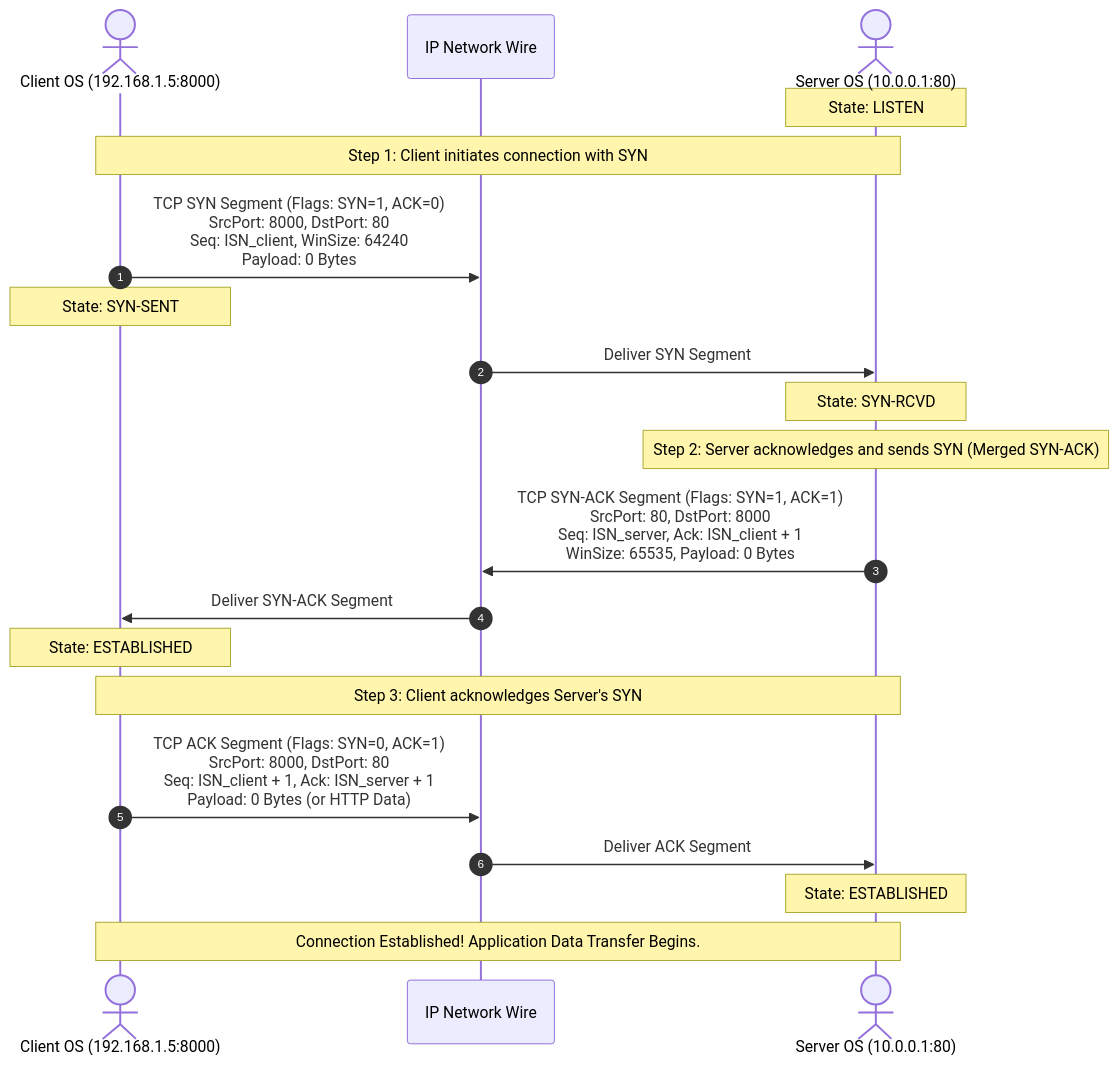
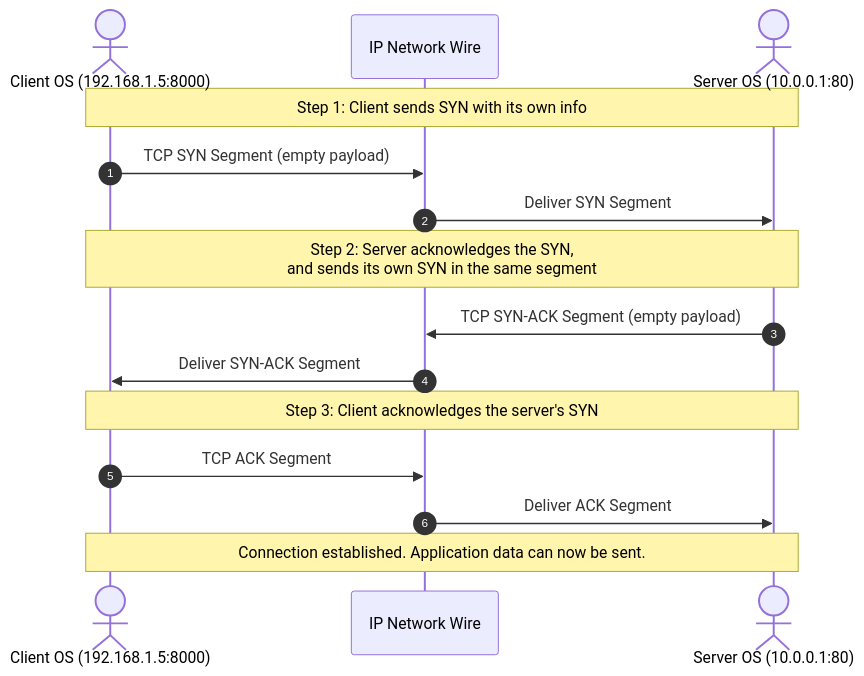
The diagram in content/posts/networking/ch16-tcp-three-way-handshake.mdx (ayuslharora/blog-ayuslh), drawn with Mermaid before and after one commit. The commit also changed other lines of this file, not shown here.

First line of the commit message:
Simplify Ch.16 TCP 3-way handshake post to match the source video

````diff
--- a/content/posts/networking/ch16-tcp-three-way-handshake.mdx
+++ b/content/posts/networking/ch16-tcp-three-way-handshake.mdx
@@ -115,27 +54,21 @@
 ```mermaid
 sequenceDiagram
     autonumber
     actor Client as Client OS (192.168.1.5:8000)
     participant Wire as IP Network Wire
     actor Server as Server OS (10.0.0.1:80)
 
-    Note over Server: State: LISTEN
-
-    Note over Client, Server: Step 1: Client initiates connection with SYN
-    Client->>Wire: TCP SYN Segment (Flags: SYN=1, ACK=0)<br/>SrcPort: 8000, DstPort: 80<br/>Seq: ISN_client, WinSize: 64240<br/>Payload: 0 Bytes
-    Note over Client: State: SYN-SENT
+    Note over Client, Server: Step 1: Client sends SYN with its own info
+    Client->>Wire: TCP SYN Segment (empty payload)
     Wire->>Server: Deliver SYN Segment
 
-    Note over Server: State: SYN-RCVD
-    Note over Server: Step 2: Server acknowledges and sends SYN (Merged SYN-ACK)
-    Server->>Wire: TCP SYN-ACK Segment (Flags: SYN=1, ACK=1)<br/>SrcPort: 80, DstPort: 8000<br/>Seq: ISN_server, Ack: ISN_client + 1<br/>WinSize: 65535, Payload: 0 Bytes
+    Note over Client, Server: Step 2: Server acknowledges the SYN,<br/>and sends its own SYN in the same segment
+    Server->>Wire: TCP SYN-ACK Segment (empty payload)
     Wire->>Client: Deliver SYN-ACK Segment
 
-    Note over Client: State: ESTABLISHED
-    Note over Client, Server: Step 3: Client acknowledges Server's SYN
-    Client->>Wire: TCP ACK Segment (Flags: SYN=0, ACK=1)<br/>SrcPort: 8000, DstPort: 80<br/>Seq: ISN_client + 1, Ack: ISN_server + 1<br/>Payload: 0 Bytes (or HTTP Data)
+    Note over Client, Server: Step 3: Client acknowledges the server's SYN
+    Client->>Wire: TCP ACK Segment
     Wire->>Server: Deliver ACK Segment
 
-    Note over Server: State: ESTABLISHED
-    Note over Client, Server: Connection Established! Application Data Transfer Begins.
+    Note over Client, Server: Connection established. Application data can now be sent.
 ```
````
